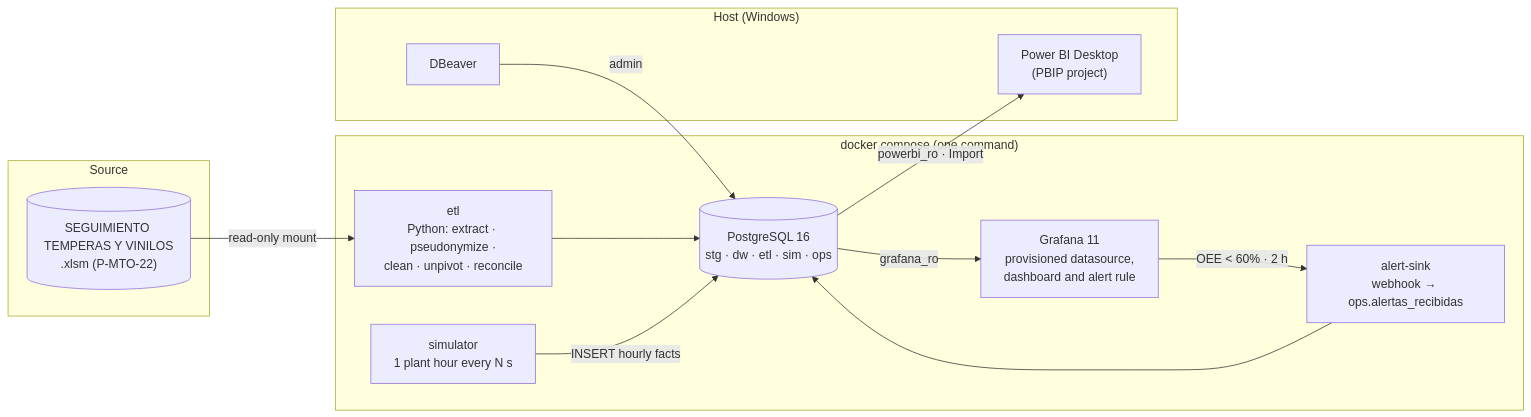
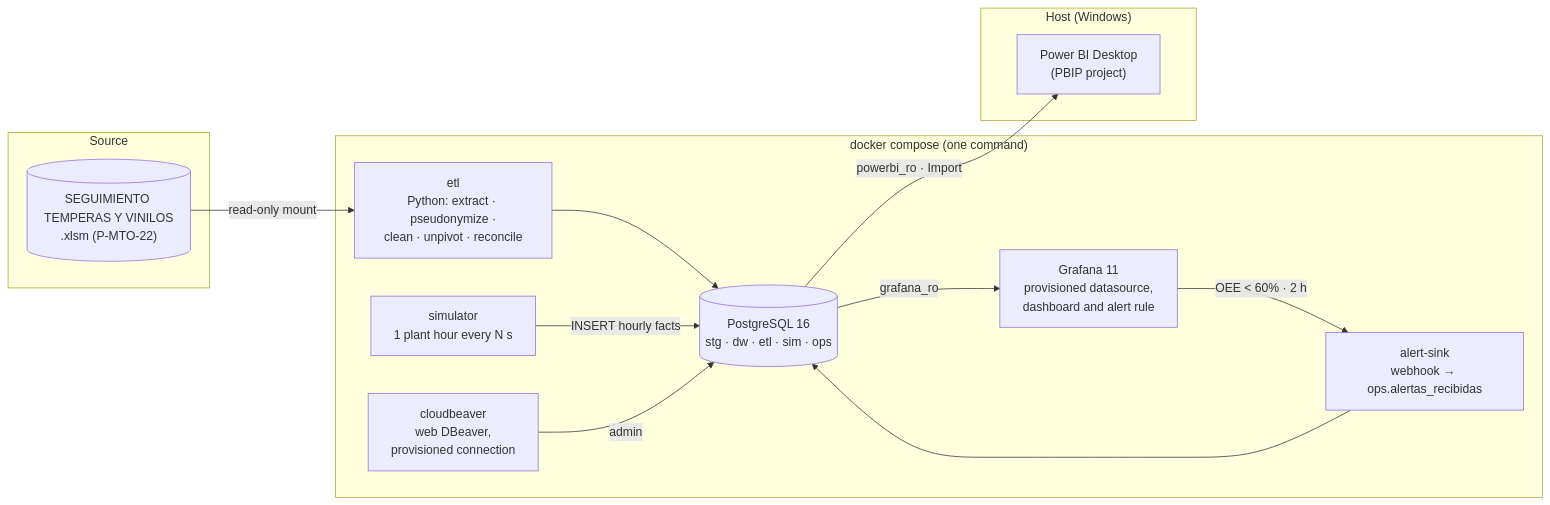
The diagram in README.md (romerobrayan/bi-paros-envasado), drawn with Mermaid before and after one commit. The commit also changed other lines of this file and 3 other files, not shown here.

First line of the commit message:
feat(cloudbeaver): add CloudBeaver service with provisioned PostgreSQL connection

````diff
--- a/README.md
+++ b/README.md
@@ -15,22 +15,22 @@
 ```mermaid
 flowchart LR
     subgraph Source
         X[("SEGUIMIENTO TEMPERAS Y VINILOS<br/>.xlsm (P-MTO-22)")]
     end
     subgraph Docker["docker compose (one command)"]
         E["etl<br/>Python: extract · pseudonymize ·<br/>clean · unpivot · reconcile"]
         DB[("PostgreSQL 16<br/>stg · dw · etl · sim · ops")]
         S["simulator<br/>1 plant hour every N s"]
         G["Grafana 11<br/>provisioned datasource,<br/>dashboard and alert rule"]
         A["alert-sink<br/>webhook → ops.alertas_recibidas"]
+        DBV["cloudbeaver<br/>web DBeaver,<br/>provisioned connection"]
     end
     subgraph Host["Host (Windows)"]
         PBI["Power BI Desktop<br/>(PBIP project)"]
-        DBV["DBeaver"]
     end
     X -->|read-only mount| E --> DB
     S -->|INSERT hourly facts| DB
     DB -->|grafana_ro| G -->|OEE < 60% · 2 h| A --> DB
     DB -->|powerbi_ro · Import| PBI
     DBV -->|admin| DB
 ```
````
